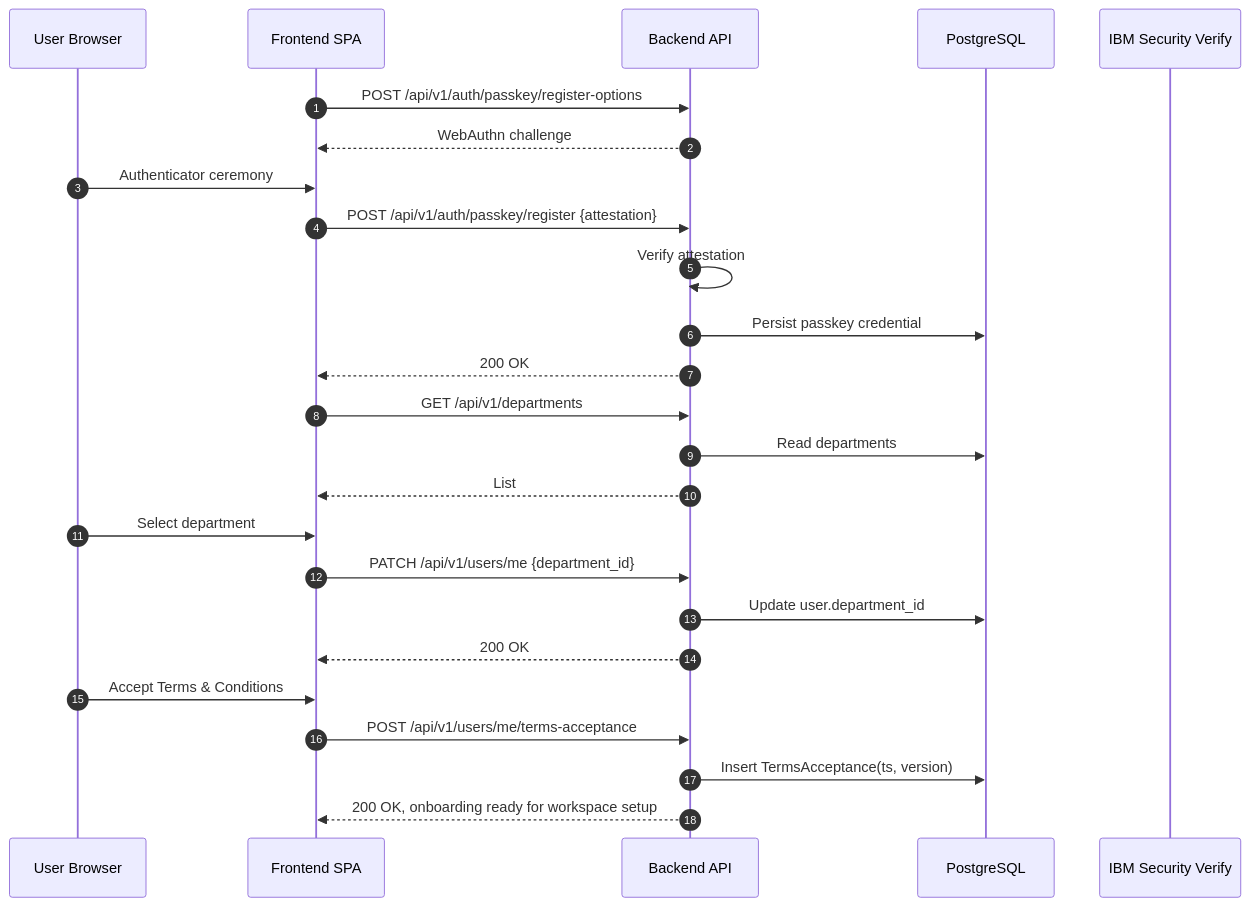
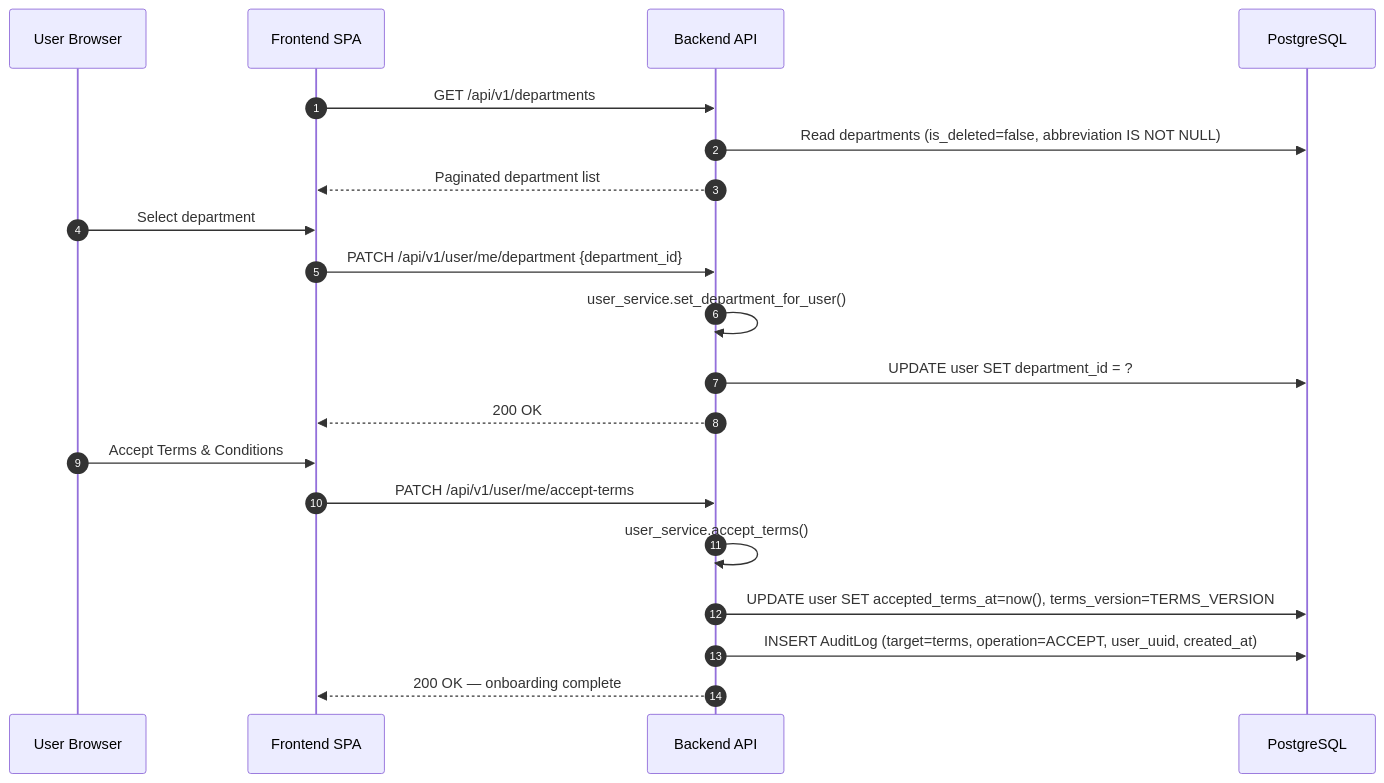
Before and after one commit to cds-snc/canadalogin-partner-portal: the third of 13 diagrams in docs/plans/partner-portal-mvp-data-flows.md, drawn with Mermaid. The commit also changed other lines of this file and 1 other file, not shown here.

Commit message:
mvp architecture doc update (#93)

````diff
--- a/docs/plans/partner-portal-mvp-data-flows.md
+++ b/docs/plans/partner-portal-mvp-data-flows.md
@@ -94,30 +94,24 @@
 ```mermaid
 sequenceDiagram
     autonumber
     participant U as User Browser
     participant FE as Frontend SPA
     participant BE as Backend API
     participant DB as PostgreSQL
-    participant V as IBM Security Verify
-
-    FE->>BE: POST /api/v1/auth/passkey/register-options
-    BE-->>FE: WebAuthn challenge
-    U->>FE: Authenticator ceremony
-    FE->>BE: POST /api/v1/auth/passkey/register {attestation}
-    BE->>BE: Verify attestation
-    BE->>DB: Persist passkey credential
-    BE-->>FE: 200 OK
 
     FE->>BE: GET /api/v1/departments
-    BE->>DB: Read departments
-    BE-->>FE: List
+    BE->>DB: Read departments (is_deleted=false, abbreviation IS NOT NULL)
+    BE-->>FE: Paginated department list
     U->>FE: Select department
-    FE->>BE: PATCH /api/v1/users/me {department_id}
-    BE->>DB: Update user.department_id
+    FE->>BE: PATCH /api/v1/user/me/department {department_id}
+    BE->>BE: user_service.set_department_for_user()
+    BE->>DB: UPDATE user SET department_id = ?
     BE-->>FE: 200 OK
 
     U->>FE: Accept Terms & Conditions
-    FE->>BE: POST /api/v1/users/me/terms-acceptance
-    BE->>DB: Insert TermsAcceptance(ts, version)
-    BE-->>FE: 200 OK, onboarding ready for workspace setup
+    FE->>BE: PATCH /api/v1/user/me/accept-terms
+    BE->>BE: user_service.accept_terms()
+    BE->>DB: UPDATE user SET accepted_terms_at=now(), terms_version=TERMS_VERSION
+    BE->>DB: INSERT AuditLog (target=terms, operation=ACCEPT, user_uuid, created_at)
+    BE-->>FE: 200 OK — onboarding complete
 ```
````
